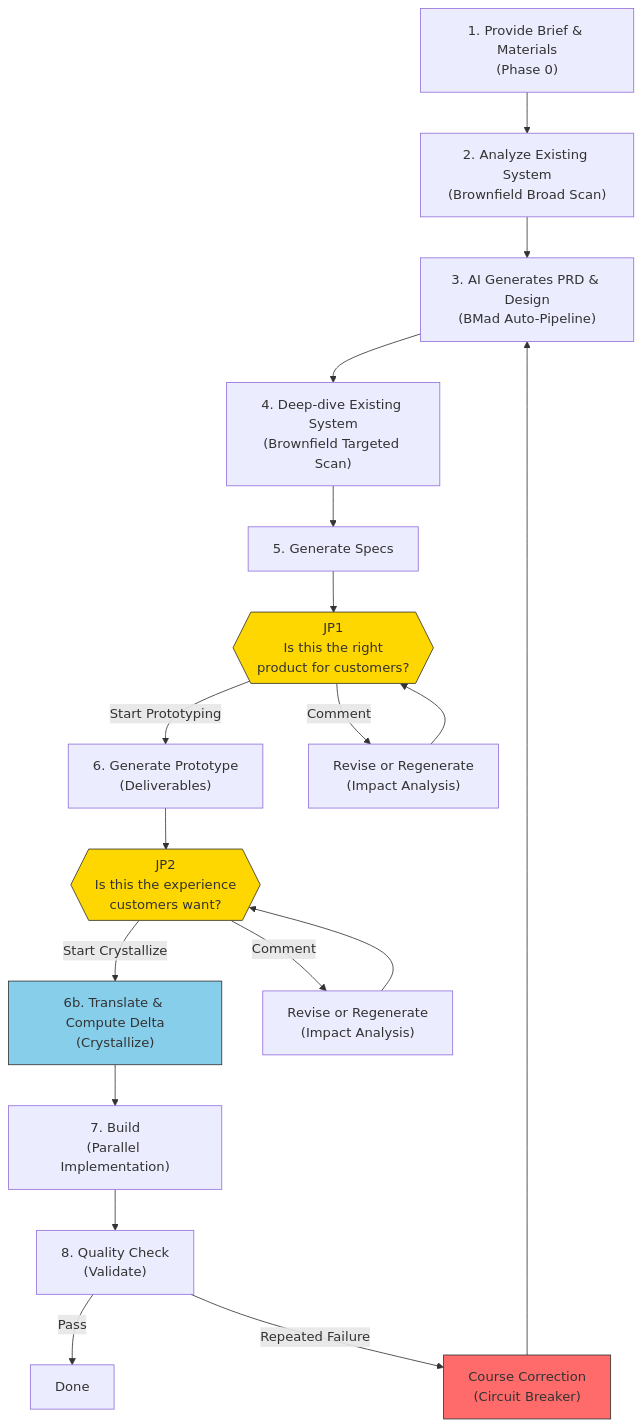
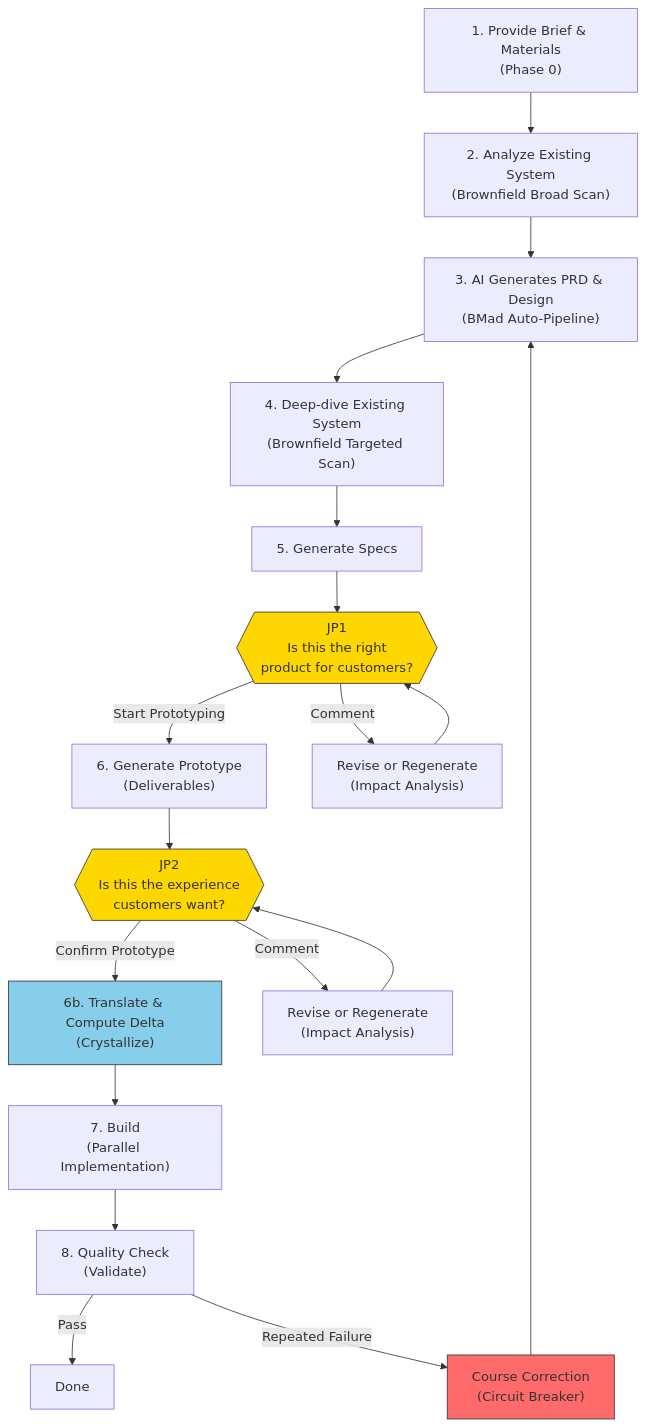
One commit to kangminlee-maker/jdd-sprint-kit changed the diagram in docs/blueprint.md. Above: the diagram before and after it, drawn with Mermaid. The commit also changed other lines of this file and 3 other files, not shown here.

First line of the commit message:
feat: restructure JP2 as prototype-first review + conditional Crystallize

````diff
--- a/docs/blueprint.md
+++ b/docs/blueprint.md
@@ -26,25 +26,25 @@
 ```mermaid
 flowchart TD
     A["1. Provide Brief & Materials\n(Phase 0)"] --> B["2. Analyze Existing System\n(Brownfield Broad Scan)"]
     B --> C["3. AI Generates PRD & Design\n(BMad Auto-Pipeline)"]
     C --> D["4. Deep-dive Existing System\n(Brownfield Targeted Scan)"]
     D --> E["5. Generate Specs"]
     E --> JP1{{"JP1\nIs this the right\nproduct for customers?"}}
     JP1 -->|Start Prototyping| F["6. Generate Prototype\n(Deliverables)"]
     JP1 -->|Comment| JP1_FB["Revise or Regenerate\n(Impact Analysis)"]
     JP1_FB --> JP1
     F --> JP2{{"JP2\nIs this the experience\ncustomers want?"}}
-    JP2 -->|Start Crystallize| CR["6b. Translate & Compute Delta\n(Crystallize)"]
+    JP2 -->|Confirm Prototype| CR["6b. Translate & Compute Delta\n(Crystallize)"]
     JP2 -->|Comment| JP2_FB["Revise or Regenerate\n(Impact Analysis)"]
     JP2_FB --> JP2
     CR --> G["7. Build\n(Parallel Implementation)"]
     G --> H["8. Quality Check\n(Validate)"]
     H -->|Pass| I["Done"]
     H -->|Repeated Failure| CB["Course Correction\n(Circuit Breaker)"]
     CB --> C
 
     style JP1 fill:#FFD700,stroke:#333
     style JP2 fill:#FFD700,stroke:#333
     style CR fill:#87CEEB,stroke:#333
     style CB fill:#FF6B6B,stroke:#333
 ```
````
